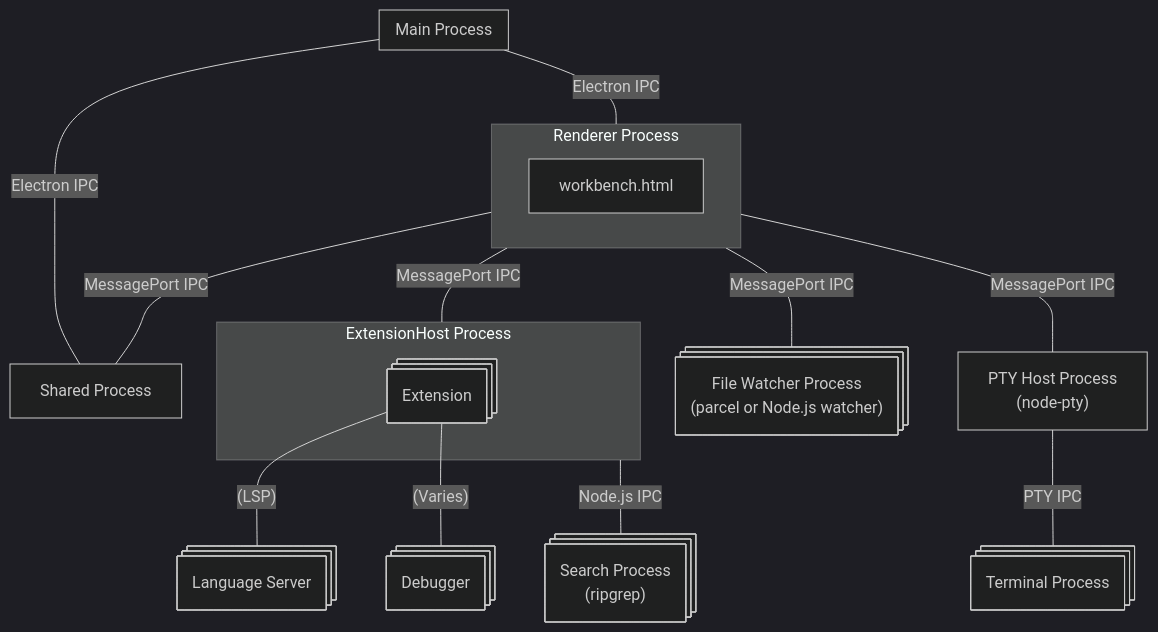
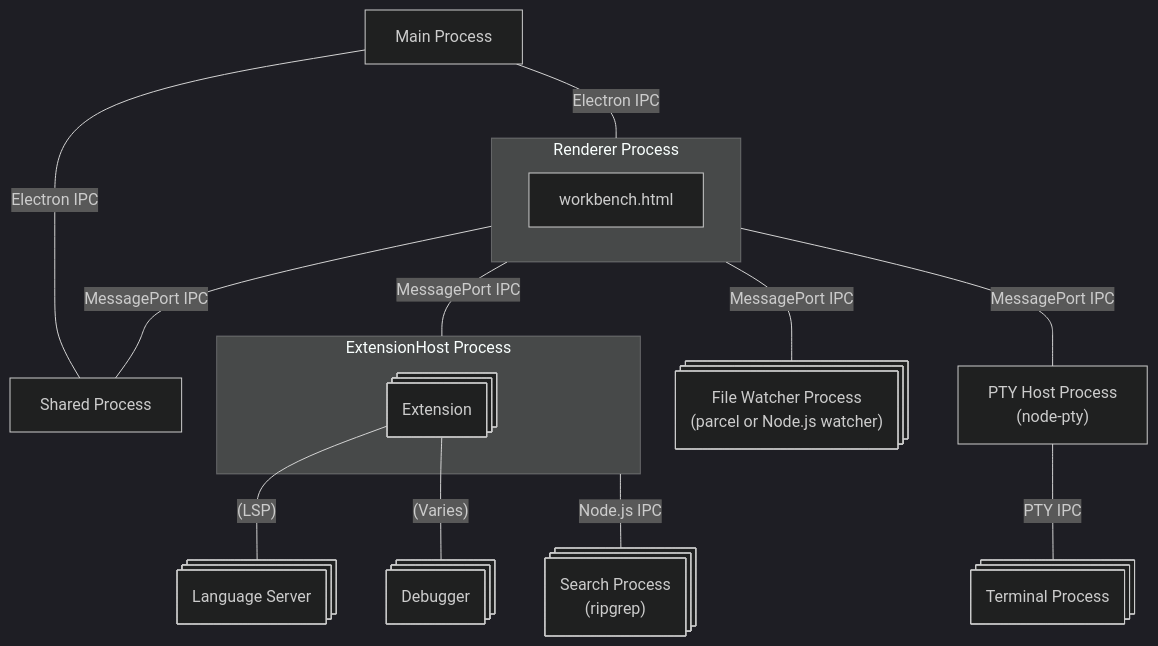
The diagram in dev/memo/arch_of_vscode.md (tamuratak/latex-toybox), drawn with Mermaid (dark theme) before and after one commit. The commit also changed 1 other file, not shown here.

Commit message:
fixup! fixup! fixup! fixup! fixup! fixup! fixup! fixup! feat: Add flowchart diagram for VS Code architecture in arch_of_vscode.md [skip ci]

````diff
--- a/dev/memo/arch_of_vscode.md
+++ b/dev/memo/arch_of_vscode.md
@@ -4,28 +4,27 @@
 ```mermaid
 flowchart TB
-    subgraph MainProcess[Main Process]
-    end
+    MainProcess[Main Process]
     subgraph RendererProcess [Renderer Process]
         workbench.html
     end
     SharedProcess[Shared Process]
     subgraph ExtensionHostProcess  [ExtensionHost Process]
         Extension@{ shape: procs }
     end
     SearchProcess@{ shape: procs, label: "Search Process<br/>(ripgrep)" }
-    TerminalHostProcess@{ label: "PTY Host Process<br/>(node-pty)" }
+    PTYHostProcess@{ label: "PTY Host Process<br/>(node-pty)" }
     TerminalProcess@{ shape: procs, label: "Terminal Process" }
     FileWatcherProcess@{ shape: procs, label: "File Watcher Process<br/>(parcel or Node.js watcher)" }
     LanguageServer@{ shape: procs, label: "Language Server" }
     Debugger@{ shape: procs }
     MainProcess -- Electron IPC --- SharedProcess
     MainProcess -- Electron IPC --- RendererProcess
     RendererProcess -- MessagePort IPC --- SharedProcess
     RendererProcess -- MessagePort IPC --- ExtensionHostProcess
     RendererProcess -- MessagePort IPC --- FileWatcherProcess
-    RendererProcess -- MessagePort IPC --- TerminalHostProcess
-    TerminalHostProcess -- PTY IPC --- TerminalProcess
+    RendererProcess -- MessagePort IPC --- PTYHostProcess
+    PTYHostProcess -- PTY IPC --- TerminalProcess
     ExtensionHostProcess -- Node.js IPC --- SearchProcess
     Extension -- (LSP) --- LanguageServer
     Extension -- (Varies) --- Debugger
 ```
````
